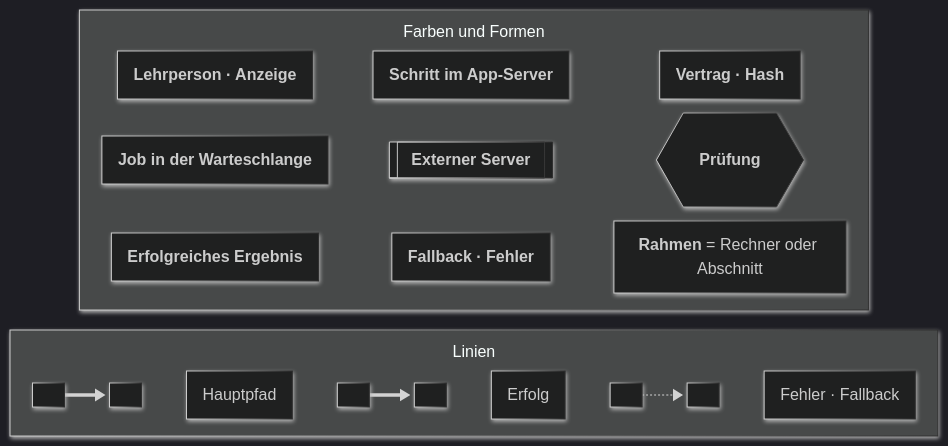
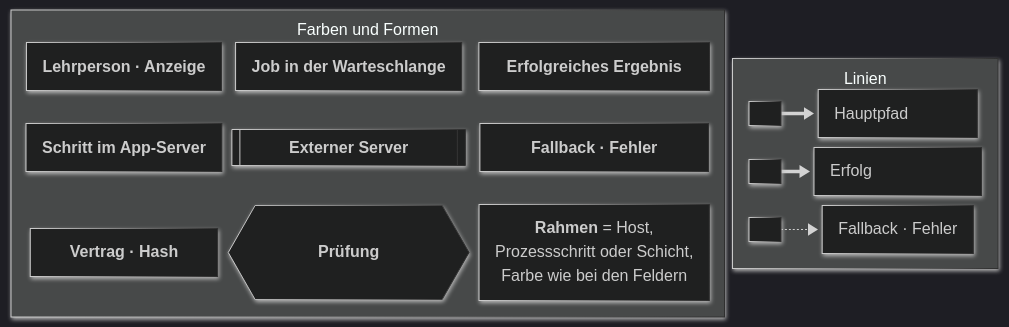
The diagram in docs/referat-thema-1/diagrams/1c-legende.mmd (NiklasSkulll/arsnova.eu), drawn with Mermaid (dark theme) before and after one commit. The commit also changed 39 other files, not shown here.

First line of the commit message:
docs(referat): translate the 1C diagrams and align them to def56700

```diff
--- a/docs/referat-thema-1/diagrams/1c-legende.mmd
+++ b/docs/referat-thema-1/diagrams/1c-legende.mmd
@@ -1,42 +1,45 @@
 ---
 config:
   look: neo
   flowchart:
     curve: basis
-    nodeSpacing: 14
-    rankSpacing: 20
-    wrappingWidth: 200
+    nodeSpacing: 10
+    rankSpacing: 8
+    padding: 8
+    wrappingWidth: 320
     subGraphTitleMargin:
-      top: 10
-      bottom: 14
+      top: 8
+      bottom: 8
 ---
-flowchart TB
+flowchart LR
   subgraph SHAPES["Farben und Formen"]
-    direction LR
-    h["`**Lehrperson · Anzeige**`"] ~~~ a["`**Schritt im App-Server**`"] ~~~ c["`**Vertrag · Hash**`"]
-    q["`**Job in der Warteschlange**`"] ~~~ x[["`**Externer Server**`"]] ~~~ d{{"`**Prüfung**`"}}
-    ok["`**Erfolgreiches Ergebnis**`"] ~~~ fb["`**Fallback · Fehler**`"] ~~~ fr["`**Rahmen** = Rechner oder Abschnitt`"]
+    direction TB
+    h["`**Lehrperson · Anzeige**`"] ~~~ a["`**Schritt im App-Server**`"] ~~~ c["`⠀⠀**Vertrag · Hash**⠀⠀`"]
+    q["`**Job in der Warteschlange**`"] ~~~ x[["`⠀⠀⠀**Externer Server**⠀⠀⠀`"]] ~~~ d{{"`⠀⠀⠀⠀**Prüfung**⠀⠀⠀⠀`"}}
+    ok["`⠀**Erfolgreiches Ergebnis**⠀`"] ~~~ fb["`⠀⠀⠀**Fallback · Fehler**⠀⠀⠀`"] ~~~ fr["`**Rahmen** = Host,
+    Prozessschritt oder Schicht,
+    Farbe wie bei den Feldern`"]
   end
   subgraph EDGES["Linien"]
     direction LR
-    m1[" "] e1@==> m2[" "] ~~~ t1["Hauptpfad"]
-    t1 ~~~ o1[" "] e2@==> o2[" "] ~~~ t2["Erfolg"]
-    t2 ~~~ f1[" "] e3@-.-> f2[" "] ~~~ t3["Fehler · Fallback"]
+    m1[" "] e1@==> t1["Hauptpfad⠀⠀ ⠀ ⠀"]
+    o1[" "] e2@==> t2["Erfolg⠀⠀⠀⠀⠀⠀⠀⠀"]
+    f1[" "] e3@-.-> t3["Fallback · Fehler"]
   end
   SHAPES ~~~ EDGES
   class h host
   class a app
   class c contract
   class q queue
   class x runtime
   class d decision
   class ok result
   class fb fallback
-  class fr plain
-  class m1,m2,o1,o2,f1,f2 dot
+  class fr appGroup
+  class m1,o1,f1 dot
   class t1,t2,t3 plain
-  class SHAPES,EDGES storeGroup
+  class SHAPES,EDGES legendGroup
   class e1 emph
   class e2 ok
   class e3 fail
 %% palette
```
